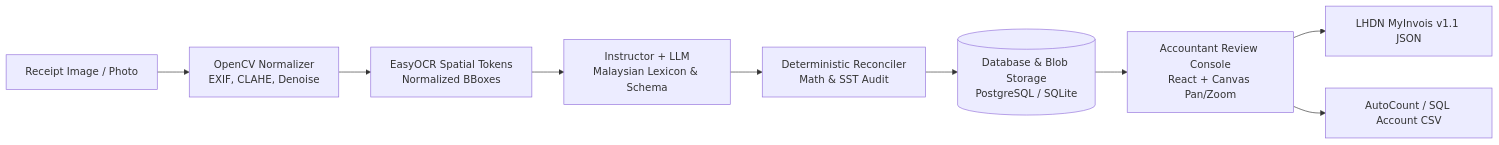
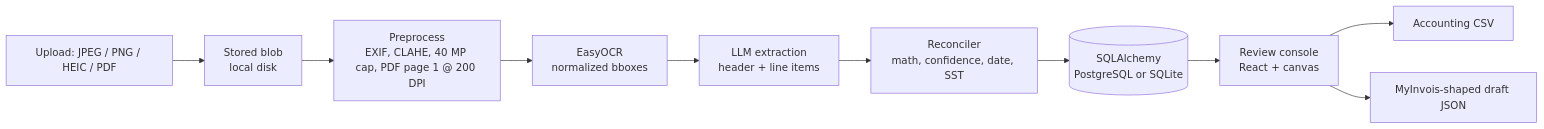
Before and after one commit to Fernado03/kenyalang-ledger: the diagram in README.md, drawn with Mermaid. The commit also changed other lines of this file and 5 other files, not shown here.

First line of the commit message:
docs: rewrite app flow, UI, TRD, schema and RTM against the code

````diff
--- a/README.md
+++ b/README.md
@@ -19,11 +32,12 @@
 ```mermaid
 flowchart LR
-    A[Receipt Image / Photo] --> B[OpenCV Normalizer<br/>EXIF, CLAHE, Denoise]
-    B --> C[EasyOCR Spatial Tokens<br/>Normalized BBoxes]
-    C --> D[Instructor + LLM<br/>Malaysian Lexicon & Schema]
-    D --> E[Deterministic Reconciler<br/>Math & SST Audit]
-    E --> F[(Database & Blob Storage<br/>PostgreSQL / SQLite)]
-    F --> G[Accountant Review Console<br/>React + Canvas Pan/Zoom]
-    G --> H1[LHDN MyInvois v1.1 JSON]
-    G --> H2[AutoCount / SQL Account CSV]
+    A[Upload: JPEG / PNG / HEIC / PDF] --> B[Stored blob<br/>local disk]
+    B --> C[Preprocess<br/>EXIF, CLAHE, 40 MP cap, PDF page 1 @ 200 DPI]
+    C --> D[EasyOCR<br/>normalized bboxes]
+    D --> E[LLM extraction<br/>header + line items]
+    E --> F[Reconciler<br/>math, confidence, date, SST]
+    F --> G[(SQLAlchemy<br/>PostgreSQL or SQLite)]
+    G --> H[Review console<br/>React + canvas]
+    H --> I1[Accounting CSV]
+    H --> I2[MyInvois-shaped draft JSON]
 ```
````
